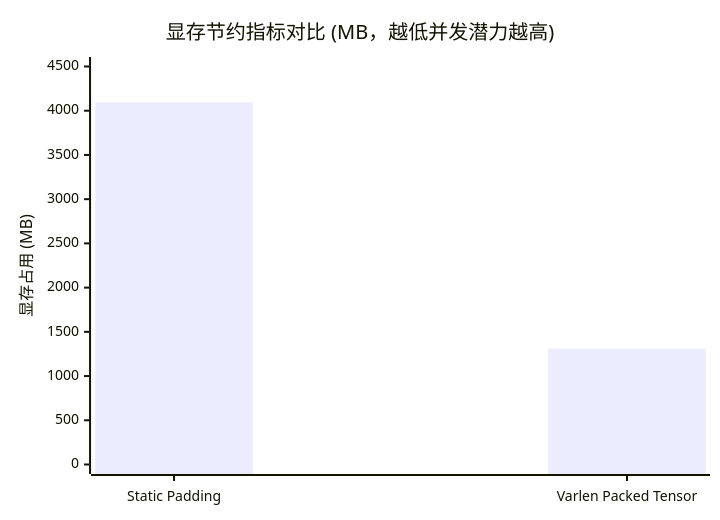
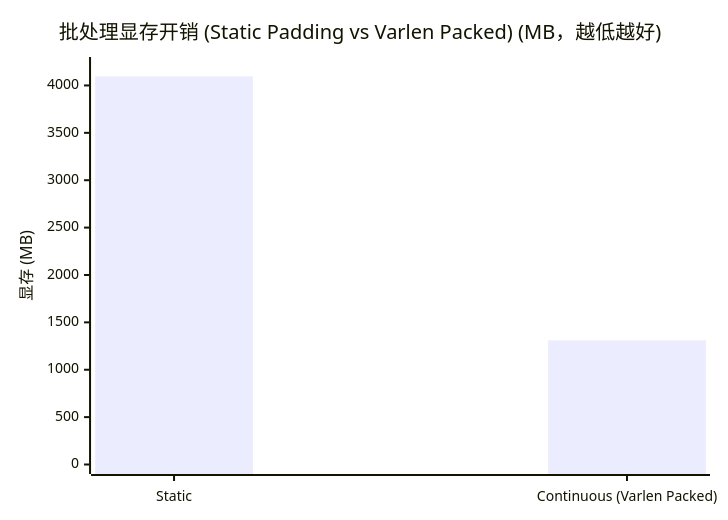
The second of 2 diagrams in 11_Inference_Optimization/README.md (psmarter/CUDA-Practice), drawn with Mermaid before and after one commit. The commit also changed other lines of this file and 14 other files, not shown here.

````diff
--- a/11_Inference_Optimization/README.md
+++ b/11_Inference_Optimization/README.md
@@ -180,7 +142,7 @@
 ```mermaid
 xychart-beta
-  title "显存节约指标对比 (MB，越低并发潜力越高)"
-  x-axis ["Static Padding", "Varlen Packed Tensor"]
-  y-axis "显存占用 (MB)" 0 --> 4500
-  bar [4096.00, 1311.22]
+  title "批处理显存开销 (Static Padding vs Varlen Packed) (MB，越低越好)"
+  x-axis ["Static", "Continuous (Varlen Packed)"]
+  y-axis "显存 (MB)" 0 --> 4200
+  bar [4096, 1311]
 ```
````
